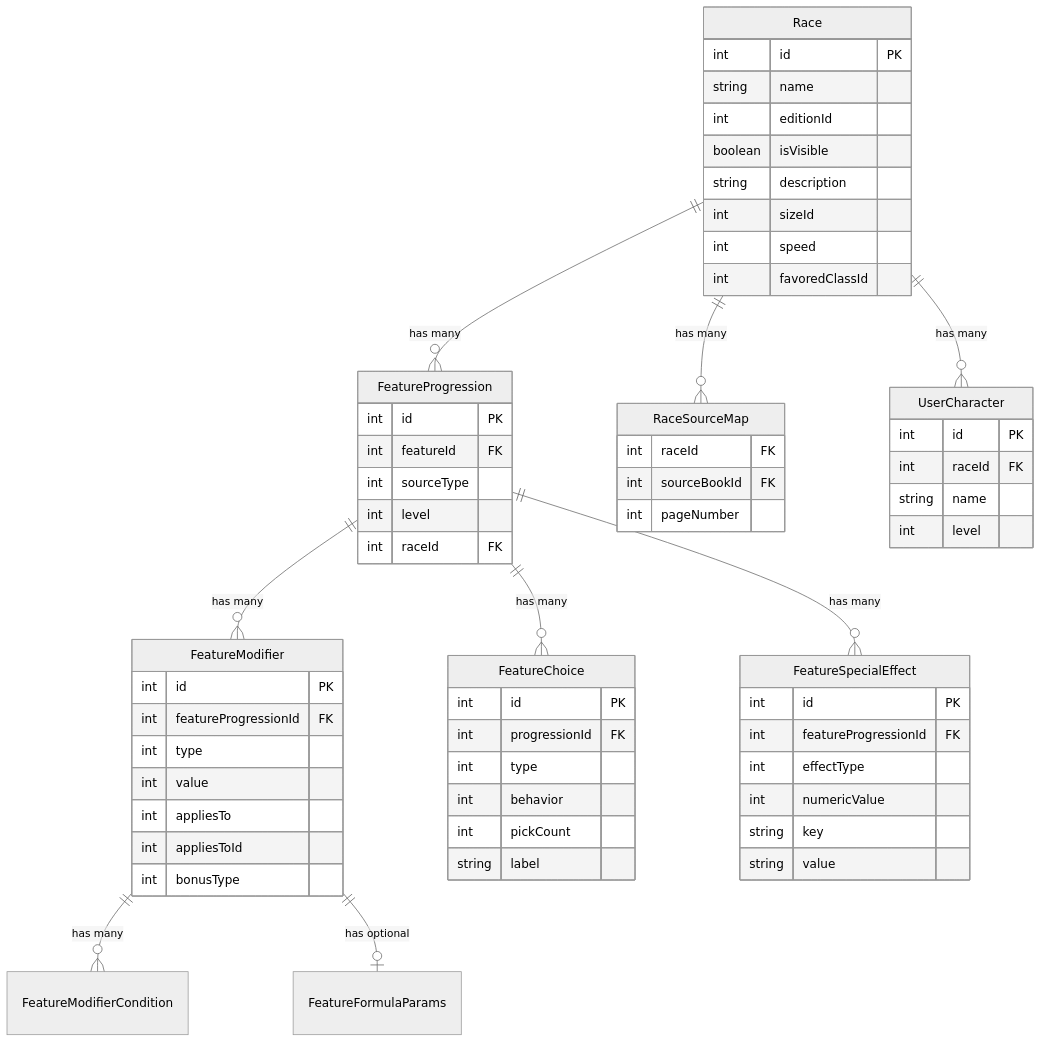
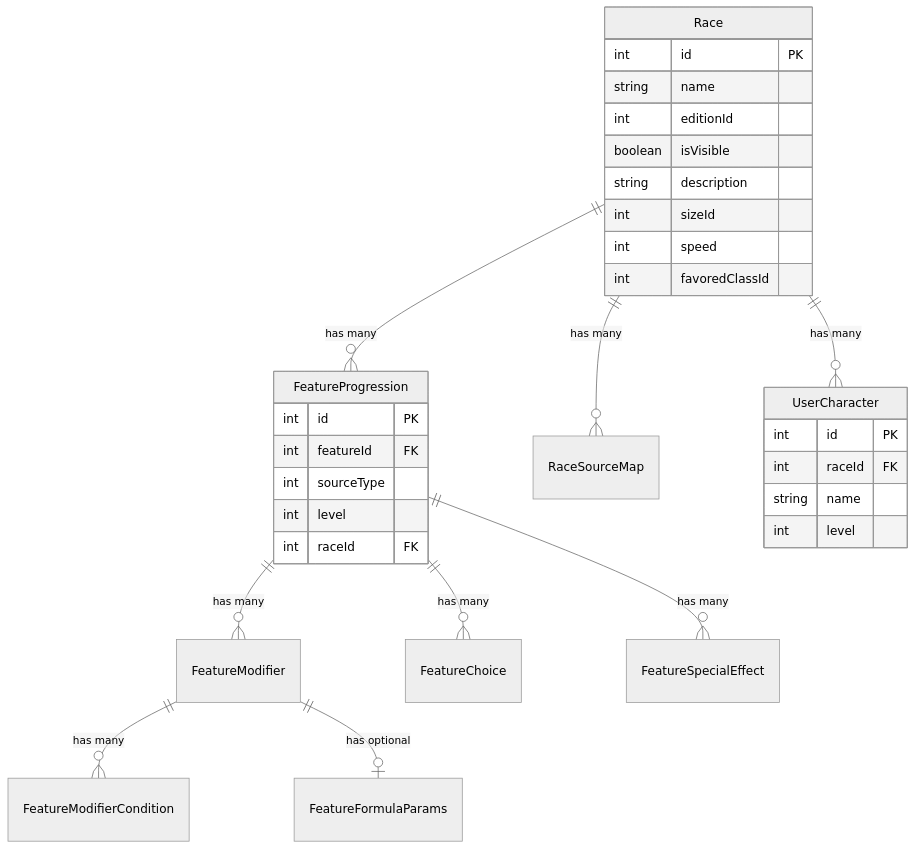
One commit to Cezero/dnd_tools changed the diagram in packages/shared/docs/race-system/architecture-principles.md. Above: the diagram before and after it, drawn with Mermaid (neutral theme). The commit also changed 25 other files, not shown here.

````diff
--- a/packages/shared/docs/race-system/architecture-principles.md
+++ b/packages/shared/docs/race-system/architecture-principles.md
@@ -135,73 +135,39 @@
 ```mermaid
 erDiagram
     Race ||--o{ FeatureProgression : "has many"
     Race ||--o{ RaceSourceMap : "has many"
     Race ||--o{ UserCharacter : "has many"
     
     FeatureProgression ||--o{ FeatureModifier : "has many"
     FeatureProgression ||--o{ FeatureChoice : "has many"
     FeatureProgression ||--o{ FeatureSpecialEffect : "has many"
     
     FeatureModifier ||--o{ FeatureModifierCondition : "has many"
     FeatureModifier ||--o| FeatureFormulaParams : "has optional"
     
     Race {
         int id PK
         string name
         int editionId
         boolean isVisible
         string description
         int sizeId
         int speed
         int favoredClassId
     }
     
     FeatureProgression {
         int id PK
         int featureId FK
         int sourceType
         int level
         int raceId FK
     }
     
-    RaceSourceMap {
-        int raceId FK
-        int sourceBookId FK
-        int pageNumber
-    }
-    
     UserCharacter {
         int id PK
         int raceId FK
         string name
         int level
     }
-    
-    FeatureModifier {
-        int id PK
-        int featureProgressionId FK
-        int type
-        int value
-        int appliesTo
-        int appliesToId
-        int bonusType
-    }
-    
-    FeatureChoice {
-        int id PK
-        int progressionId FK
-        int type
-        int behavior
-        int pickCount
-        string label
-    }
-    
-    FeatureSpecialEffect {
-        int id PK
-        int featureProgressionId FK
-        int effectType
-        int numericValue
-        string key
-        string value
-    }
 ```
````
